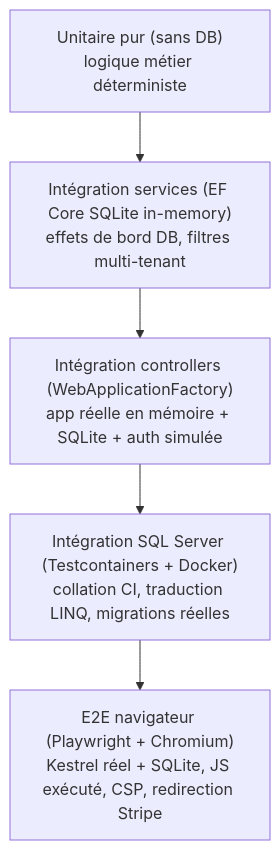
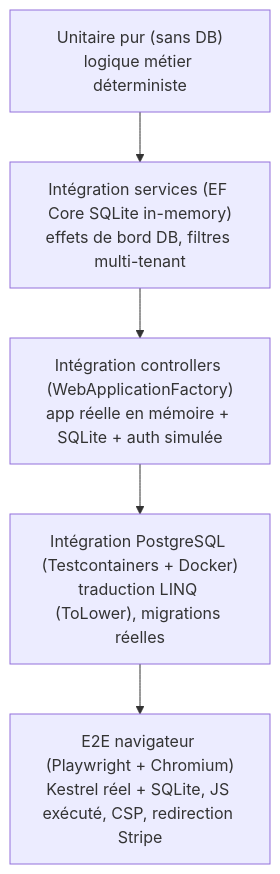
Before and after one commit to ogautier1980/cedeva-v2: the diagram in docs/test-strategy.md, drawn with Mermaid. The commit also changed other lines of this file and 69 other files, not shown here.

````diff
--- a/docs/test-strategy.md
+++ b/docs/test-strategy.md
@@ -12,9 +12,9 @@
 ```mermaid
 graph TD
     e2e["E2E navigateur (Playwright + Chromium)<br/>Kestrel réel + SQLite, JS exécuté, CSP, redirection Stripe"]
-    sql["Intégration SQL Server (Testcontainers + Docker)<br/>collation CI, traduction LINQ, migrations réelles"]
+    sql["Intégration PostgreSQL (Testcontainers + Docker)<br/>traduction LINQ (ToLower), migrations réelles"]
     waf["Intégration controllers (WebApplicationFactory)<br/>app réelle en mémoire + SQLite + auth simulée"]
     integ["Intégration services (EF Core SQLite in-memory)<br/>effets de bord DB, filtres multi-tenant"]
     unit["Unitaire pur (sans DB)<br/>logique métier déterministe"]
     unit --> integ --> waf --> sql --> e2e
 ```
````
